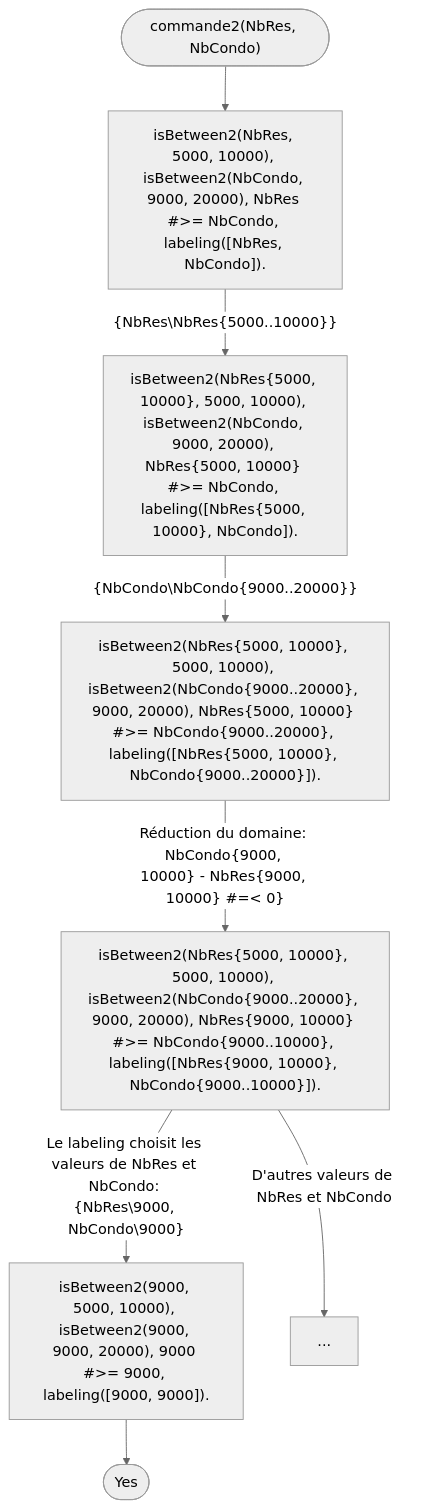
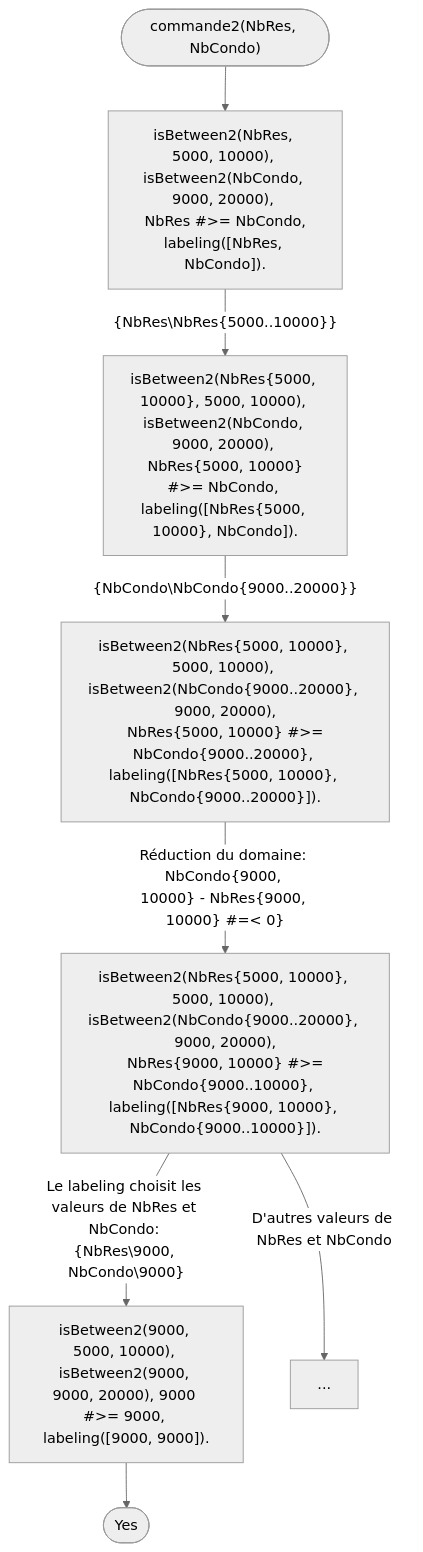
Before and after one commit to rht48/TP_Prog_Contraintes: the second of 2 diagrams in TP1/cr_tp1.md, drawn with Mermaid (neutral theme). The commit also changed other lines of this file and 1 other file, not shown here.

````diff
--- a/TP1/cr_tp1.md
+++ b/TP1/cr_tp1.md
@@ -160,11 +166,11 @@
 ```mermaid
 graph TB
 A(["commande2(NbRes, NbCondo)"])
-A --> B["isBetween2(NbRes, 5000, 10000), isBetween2(NbCondo, 9000, 20000), NbRes #>= NbCondo, labeling([NbRes, NbCondo])."]
-B -->|"{NbRes\NbRes{5000..10000}}"| C["isBetween2(NbRes{5000, 10000}, 5000, 10000), isBetween2(NbCondo, 9000, 20000), NbRes{5000, 10000} #>= NbCondo, labeling([NbRes{5000, 10000}, NbCondo])."]
-C -->|"{NbCondo\NbCondo{9000..20000}}"| D["isBetween2(NbRes{5000, 10000}, 5000, 10000), isBetween2(NbCondo{9000..20000}, 9000, 20000), NbRes{5000, 10000} #>= NbCondo{9000..20000}, labeling([NbRes{5000, 10000}, NbCondo{9000..20000}])."]
-D -->|"Réduction du domaine: NbCondo{9000, 10000} - NbRes{9000, 10000} #=< 0}"| E["isBetween2(NbRes{5000, 10000}, 5000, 10000), isBetween2(NbCondo{9000..20000}, 9000, 20000), NbRes{9000, 10000} #>= NbCondo{9000..10000}, labeling([NbRes{9000, 10000}, NbCondo{9000..10000}])."]
+A --> B["isBetween2(NbRes, 5000, 10000), isBetween2(NbCondo, 9000, 20000), <br/> NbRes #>= NbCondo, labeling([NbRes, NbCondo])."]
+B -->|"{NbRes\NbRes{5000..10000}}"| C["isBetween2(NbRes{5000, 10000}, 5000, 10000), isBetween2(NbCondo, 9000, 20000), <br/> NbRes{5000, 10000} #>= NbCondo, labeling([NbRes{5000, 10000}, NbCondo])."]
+C -->|"{NbCondo\NbCondo{9000..20000}}"| D["isBetween2(NbRes{5000, 10000}, 5000, 10000), isBetween2(NbCondo{9000..20000}, 9000, 20000),<br/> NbRes{5000, 10000} #>= NbCondo{9000..20000}, labeling([NbRes{5000, 10000}, NbCondo{9000..20000}])."]
+D -->|"Réduction du domaine: NbCondo{9000, 10000} - NbRes{9000, 10000} #=< 0}"| E["isBetween2(NbRes{5000, 10000}, 5000, 10000), isBetween2(NbCondo{9000..20000}, 9000, 20000),<br/> NbRes{9000, 10000} #>= NbCondo{9000..10000}, labeling([NbRes{9000, 10000}, NbCondo{9000..10000}])."]
 E -->|"Le labeling choisit les valeurs de NbRes et NbCondo: {NbRes\9000, NbCondo\9000}"| F["isBetween2(9000, 5000, 10000), isBetween2(9000, 9000, 20000), 9000 #>= 9000, labeling([9000, 9000])."]
 F --> G(["Yes"])
 E -->|"D'autres valeurs de NbRes et NbCondo"| H["..."]
 ```
````
